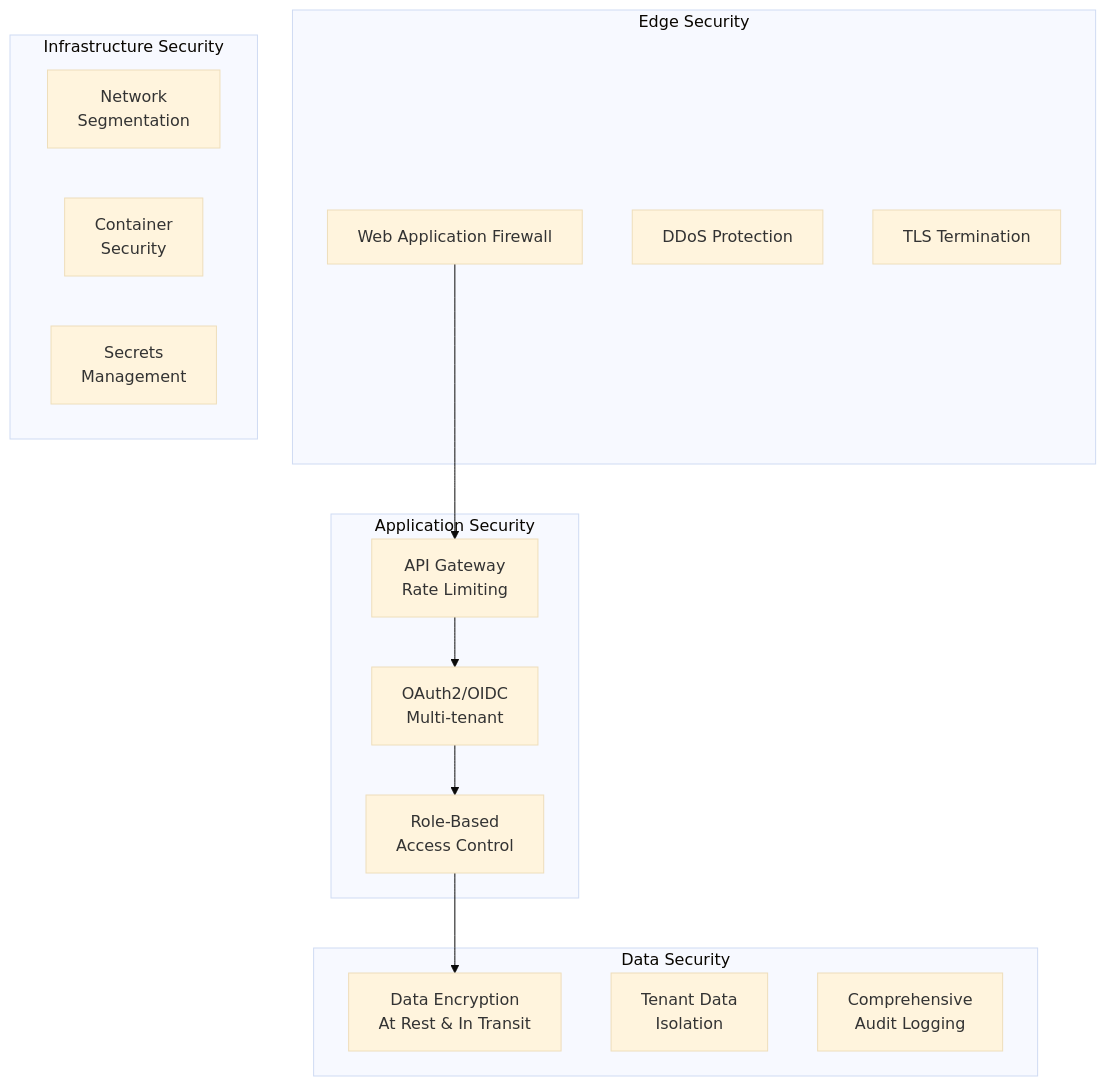
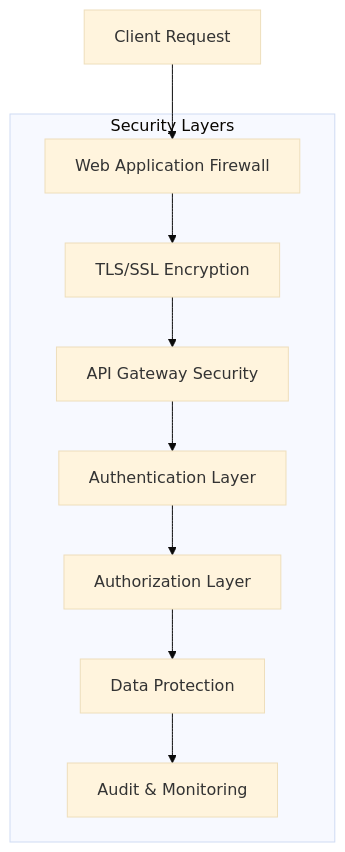
Before and after one commit to Praesto-Pro/openframe-oss-tenant: the first of 2 diagrams in docs/development/security/README.md, drawn with Mermaid (base theme). The commit also changed other lines of this file and 214 other files, not shown here.

````diff
--- a/docs/development/security/README.md
+++ b/docs/development/security/README.md
@@ -9,31 +9,20 @@
 ```mermaid
-flowchart TD
-    subgraph "Edge Security"
+flowchart TB
+    subgraph "Security Layers"
         WAF[Web Application Firewall]
-        DDoS[DDoS Protection]
-        TLS[TLS Termination]
+        TLS[TLS/SSL Encryption]
+        Gateway[API Gateway Security]
+        Auth[Authentication Layer]
+        Authz[Authorization Layer]
+        Data[Data Protection]
+        Audit[Audit & Monitoring]
     end
     
-    subgraph "Application Security"
-        Gateway[API Gateway<br/>Rate Limiting]
-        Auth[OAuth2/OIDC<br/>Multi-tenant]
-        RBAC[Role-Based<br/>Access Control]
-    end
-    
-    subgraph "Data Security"
-        Encryption[Data Encryption<br/>At Rest & In Transit]
-        Isolation[Tenant Data<br/>Isolation]
-        Audit[Comprehensive<br/>Audit Logging]
-    end
-    
-    subgraph "Infrastructure Security"
-        Network[Network<br/>Segmentation]
-        Container[Container<br/>Security]
-        Secrets[Secrets<br/>Management]
-    end
-    
-    WAF --> Gateway
+    Client[Client Request] --> WAF
+    WAF --> TLS
+    TLS --> Gateway
     Gateway --> Auth
-    Auth --> RBAC
-    RBAC --> Encryption
+    Auth --> Authz
+    Authz --> Data
+    Data --> Audit
 ```
````
